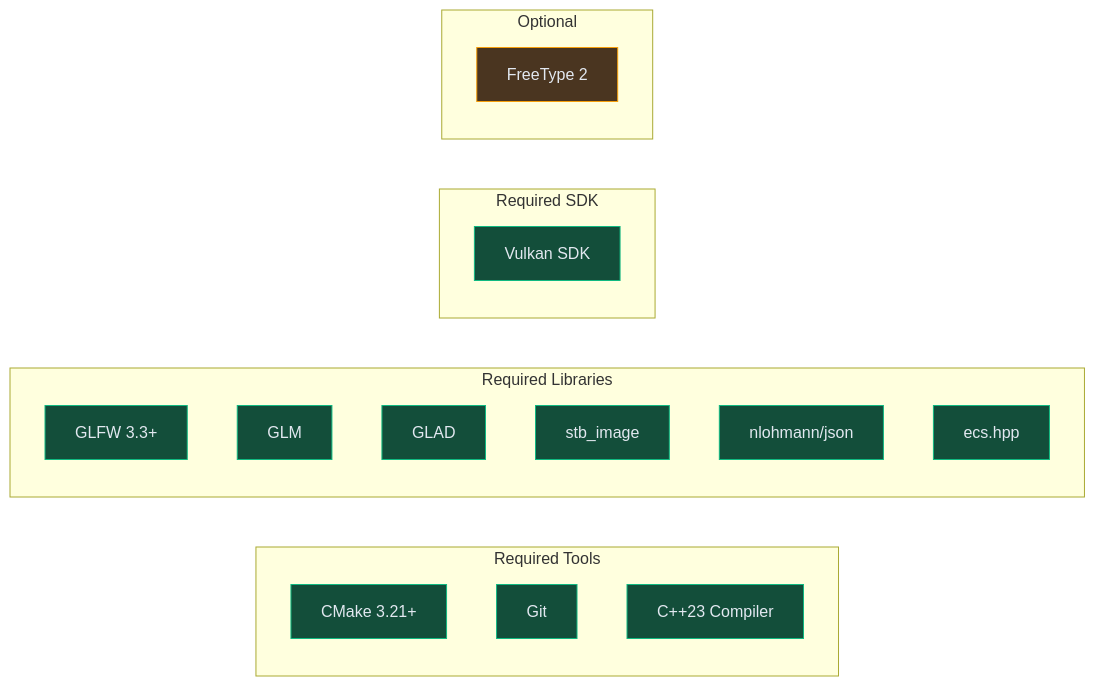
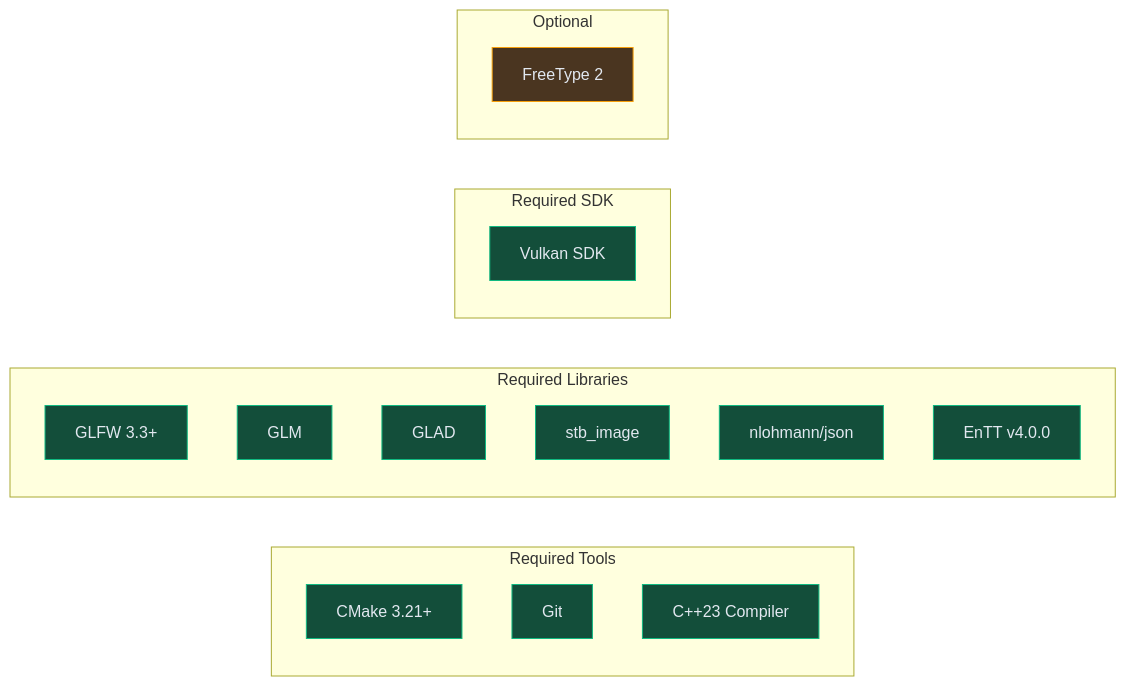
Before and after one commit to baaz777/rift: the diagram in docs/SETUP.md, drawn with Mermaid. The commit also changed other lines of this file, not shown here.

Commit message:
📝 Document EnTT v4.0.0 setup in place of ecs.hpp

```diff
--- a/docs/SETUP.md
+++ b/docs/SETUP.md
@@ -8,28 +8,28 @@
 <pre class="mermaid">
 graph LR
     classDef required fill:#134e3a,stroke:#10b981,color:#e2e8f0
     classDef optional fill:#4a3520,stroke:#f59e0b,color:#e2e8f0
 
     subgraph Required["Required Tools"]
         CMake["CMake 3.21+"]:::required
         Git["Git"]:::required
         Compiler["C++23 Compiler"]:::required
     end
 
     subgraph Libraries["Required Libraries"]
         GLFW["GLFW 3.3+"]:::required
         GLM["GLM"]:::required
         GLAD["GLAD"]:::required
         STB["stb_image"]:::required
         JSON["nlohmann/json"]:::required
-        ECS["ecs.hpp"]:::required
+        ENTT["EnTT v4.0.0"]:::required
     end
 
     subgraph RequiredSDK["Required SDK"]
         Vulkan["Vulkan SDK"]:::required
     end
 
     subgraph Optional["Optional"]
         FreeType["FreeType 2"]:::optional
     end
 </pre>
```
